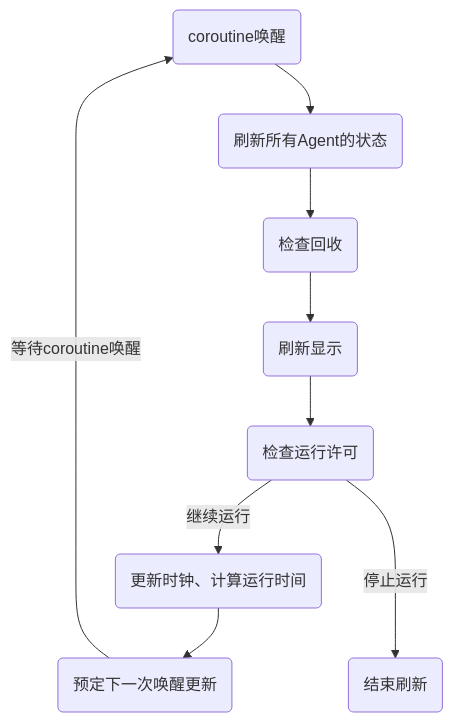
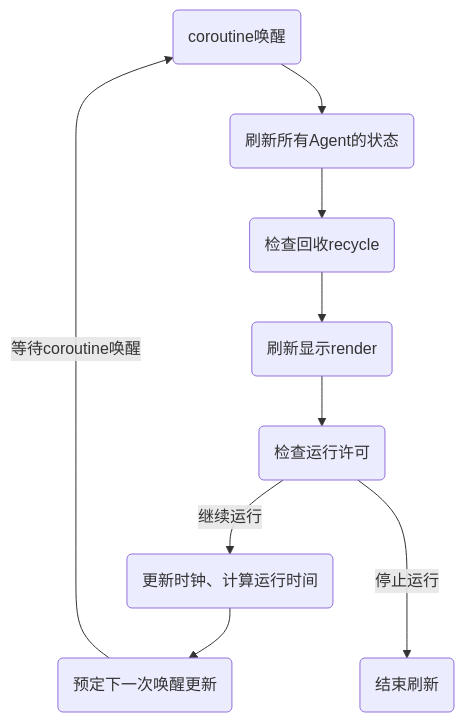
One commit to huuhghhgyg/Container-Terminal-Simulation changed the diagram in docs/components/watchdog.md. Above: the diagram before and after it, drawn with Mermaid. The commit also changed 3 other files, not shown here.

````diff
--- a/docs/components/watchdog.md
+++ b/docs/components/watchdog.md
@@ -10,15 +10,15 @@
 ```mermaid
 graph
 invoke(coroutine唤醒)
 execute(刷新所有Agent的状态)
-recycle(检查回收)
-render(刷新显示)
+recycle(检查回收recycle)
+render(刷新显示render)
 run_command(检查运行许可)
 refresh_clock(更新时钟、计算运行时间)
 queue(预定下一次唤醒更新)
 stop(结束刷新)
 
 invoke --> execute --> recycle --> render --> run_command -->|继续运行| refresh_clock --> queue
 queue -->|等待coroutine唤醒|invoke
 run_command --->|停止运行|stop
 ```
````
